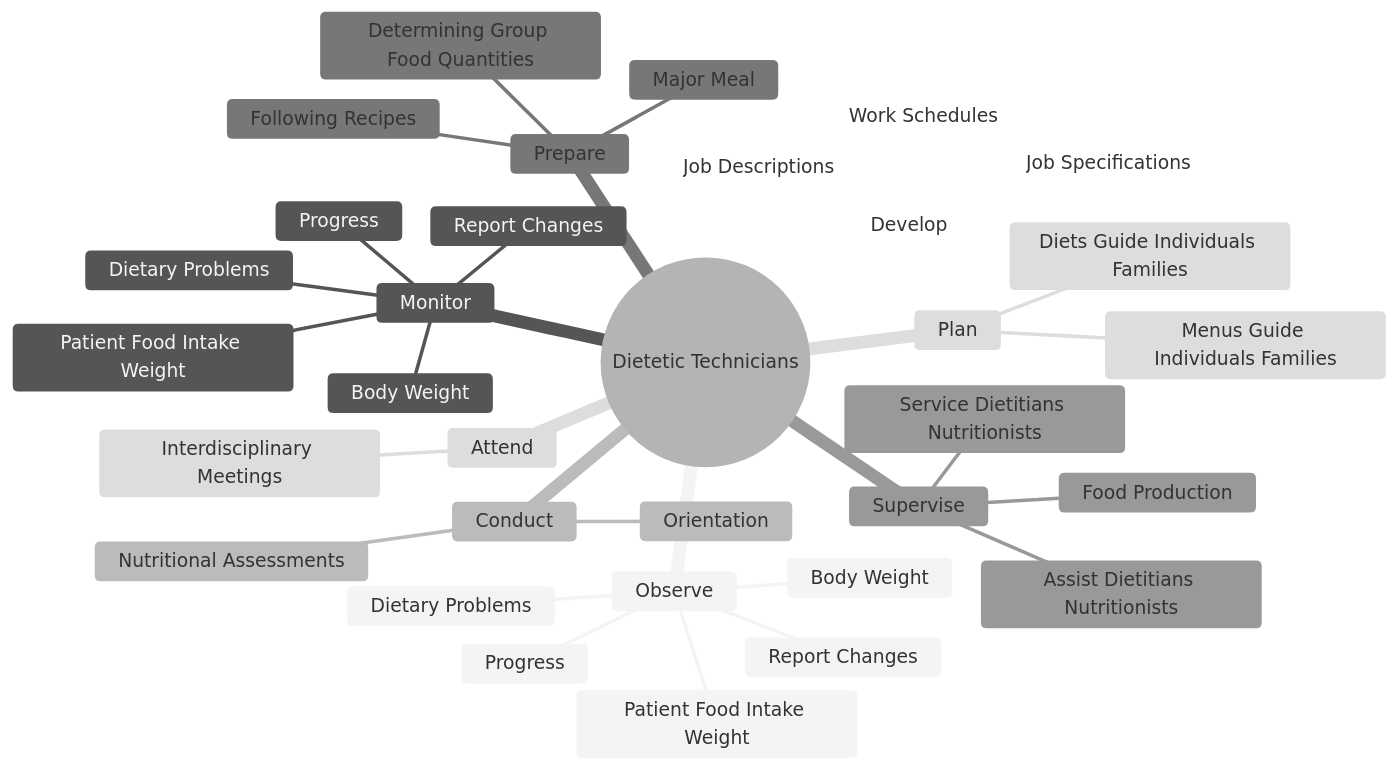
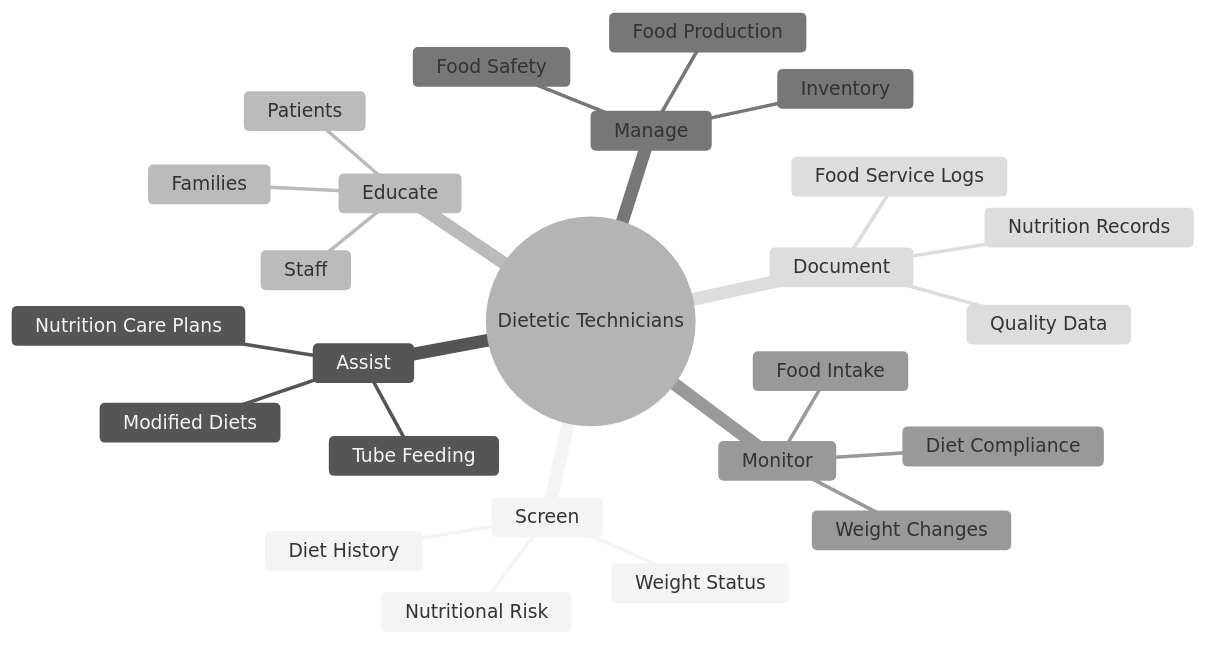
Before and after one commit to kziemski/business.org.ai: the second of 4 diagrams in occupations/HealthcarePractitioners/DieteticTechnicians.mdx, drawn with Mermaid (neutral theme). The commit also changed other lines of this file and 938 other files, not shown here.

````diff
--- a/occupations/HealthcarePractitioners/DieteticTechnicians.mdx
+++ b/occupations/HealthcarePractitioners/DieteticTechnicians.mdx
@@ -37,36 +45,28 @@
 ```mermaid
 mindmap
     root(("Dietetic Technicians"))
-        Observe
-            Patient Food Intake Weight
-            Body Weight
-            Report Changes
-            Progress
-            Dietary Problems
+        Screen
+            Nutritional Risk
+            Diet History
+            Weight Status
+        Assist
+            Nutrition Care Plans
+            Modified Diets
+            Tube Feeding
+        Educate
+            Patients
+            Families
+            Staff
+        Manage
+            Food Production
+            Inventory
+            Food Safety
         Monitor
-            Patient Food Intake Weight
-            Body Weight
-            Report Changes
-            Progress
-            Dietary Problems
-        Conduct
-            Nutritional Assessments
-            Orientation
-        Prepare
-            Major Meal
-            Following Recipes
-            Determining Group Food Quantities
-        Supervise
-            Food Production
-            Service Dietitians Nutritionists
-            Assist Dietitians Nutritionists
-        Plan
-            Menus Guide Individuals Families
-            Diets Guide Individuals Families
-        Develop
-            Job Specifications
-            Job Descriptions
-            Work Schedules
-        Attend
-            Interdisciplinary Meetings
+            Food Intake
+            Weight Changes
+            Diet Compliance
+        Document
+            Nutrition Records
+            Food Service Logs
+            Quality Data
 ```
````
